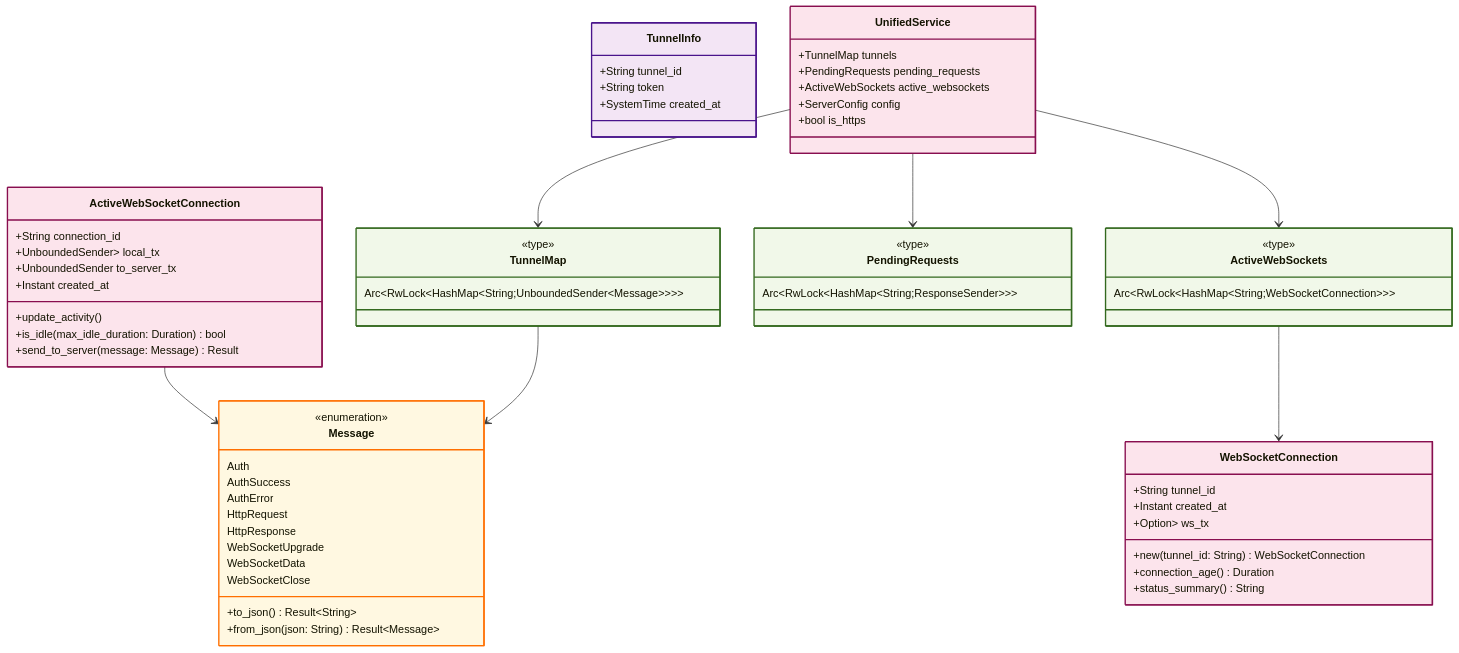
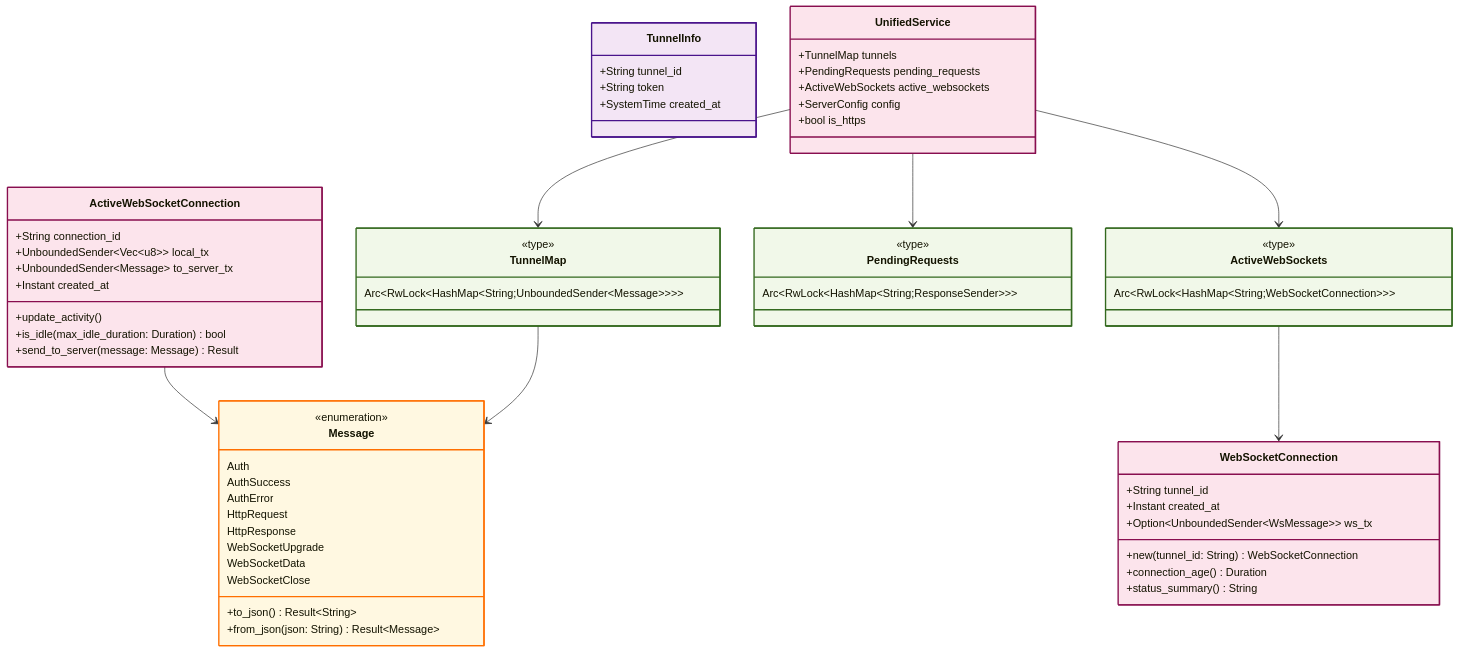
One commit to arch7tect/exposeme changed the third of 3 diagrams in docs/exposeme_class_diagram.md. Above: the diagram before and after it, drawn with Mermaid.

Commit message:
class diag

````diff
--- a/docs/exposeme_class_diagram.md
+++ b/docs/exposeme_class_diagram.md
@@ -200,78 +200,78 @@
 ```mermaid
 classDiagram
     class Message:::enums {
         <<enumeration>>
         Auth
         AuthSuccess
         AuthError
         HttpRequest
         HttpResponse
         WebSocketUpgrade
         WebSocketData
         WebSocketClose
         +to_json() Result~String~
         +from_json(json: String) Result~Message~
     }
 
     class TunnelInfo:::protocol {
         +String tunnel_id
         +String token
         +SystemTime created_at
     }
 
     class UnifiedService:::service {
         +TunnelMap tunnels
         +PendingRequests pending_requests
         +ActiveWebSockets active_websockets
         +ServerConfig config
         +bool is_https
     }
 
     class WebSocketConnection:::service {
         +String tunnel_id
         +Instant created_at
-        +Option<UnboundedSender<WsMessage>> ws_tx
+        +Option~UnboundedSender~WsMessage~~ ws_tx
         +new(tunnel_id: String) WebSocketConnection
         +connection_age() Duration
         +status_summary() String
     }
 
     class ActiveWebSocketConnection:::service {
         +String connection_id
-        +UnboundedSender<Vec<u8>> local_tx
-        +UnboundedSender<Message> to_server_tx
+        +UnboundedSender~Vec~u8~~ local_tx
+        +UnboundedSender~Message~ to_server_tx
         +Instant created_at
         +update_activity()
         +is_idle(max_idle_duration: Duration) bool
         +send_to_server(message: Message) Result
     }
 
     class TunnelMap:::types {
         <<type>>
         Arc~RwLock~HashMap~String;UnboundedSender~Message~~~~
     }
 
     class PendingRequests:::types {
         <<type>>
         Arc~RwLock~HashMap~String;ResponseSender~~~
     }
 
     class ActiveWebSockets:::types {
         <<type>>
         Arc~RwLock~HashMap~String;WebSocketConnection~~~
     }
 
 %% Relationships
     UnifiedService --> TunnelMap
     UnifiedService --> PendingRequests
     UnifiedService --> ActiveWebSockets
     ActiveWebSockets --> WebSocketConnection
     ActiveWebSocketConnection --> Message
     TunnelMap --> Message
 
 %% Styling
 classDef protocol fill:#f3e5f5,stroke:#4a148c,stroke-width:2px;
 classDef service fill:#fce4ec,stroke:#880e4f,stroke-width:2px;
 classDef types fill:#f1f8e9,stroke:#33691e,stroke-width:2px;
 classDef enums fill:#fff8e1,stroke:#ff6f00,stroke-width:2px;
 ```
````
